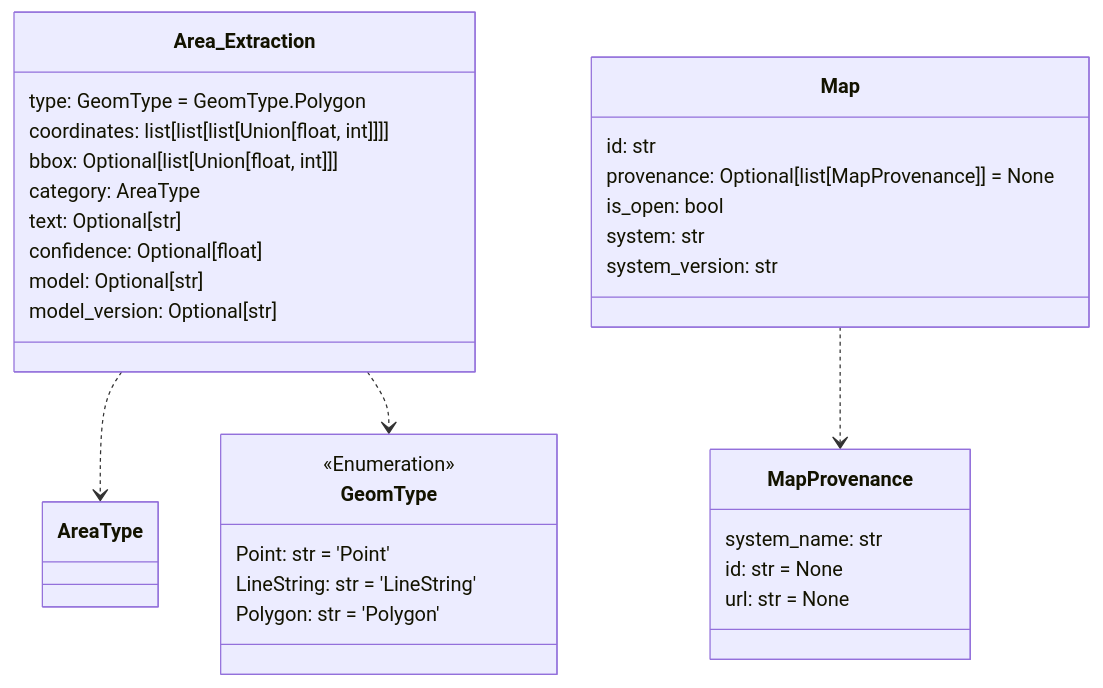
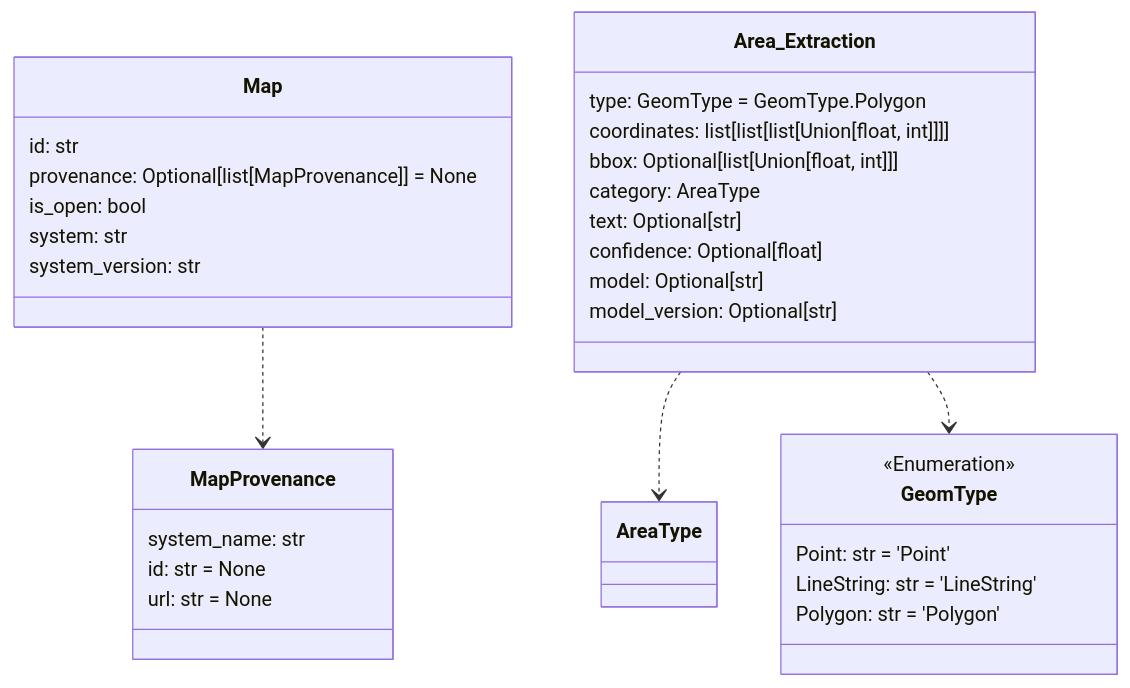
Diagram 12 of 12 in README.md (DARPA-CRITICALMAAS/cdr_schemas), drawn with Mermaid before and after one commit. The commit also changed other lines of this file and 2 other files, not shown here.

````diff
--- a/README.md
+++ b/README.md
@@ -862,41 +862,41 @@
 ```mermaid
 classDiagram
+
+    class Map {
+        id: str
+        provenance: Optional[list[MapProvenance]] = None
+        is_open: bool
+        system: str
+        system_version: str
+    }
 
     class MapProvenance {
         system_name: str
         id: str = None
         url: str = None
+    }
+
+    class GeomType {
+        <<Enumeration>>
+        Point: str = 'Point'
+        LineString: str = 'LineString'
+        Polygon: str = 'Polygon'
     }
 
     class Area_Extraction {
         type: GeomType = GeomType.Polygon
         coordinates: list[list[list[Union[float, int]]]]
         bbox: Optional[list[Union[float, int]]]
         category: AreaType
         text: Optional[str]
         confidence: Optional[float]
         model: Optional[str]
         model_version: Optional[str]
     }
 
-    class GeomType {
-        <<Enumeration>>
-        Point: str = 'Point'
-        LineString: str = 'LineString'
-        Polygon: str = 'Polygon'
-    }
-
-    class Map {
-        id: str
-        provenance: Optional[list[MapProvenance]] = None
-        is_open: bool
-        system: str
-        system_version: str
-    }
-
     Area_Extraction ..> AreaType
     Area_Extraction ..> GeomType
     Map ..> MapProvenance
 
 
 ```
````
